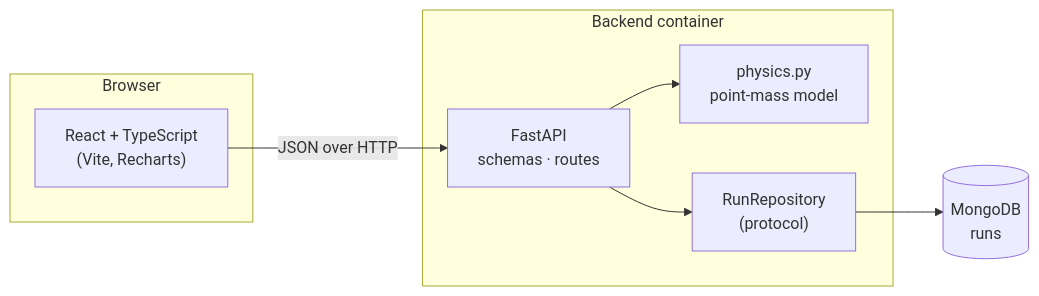
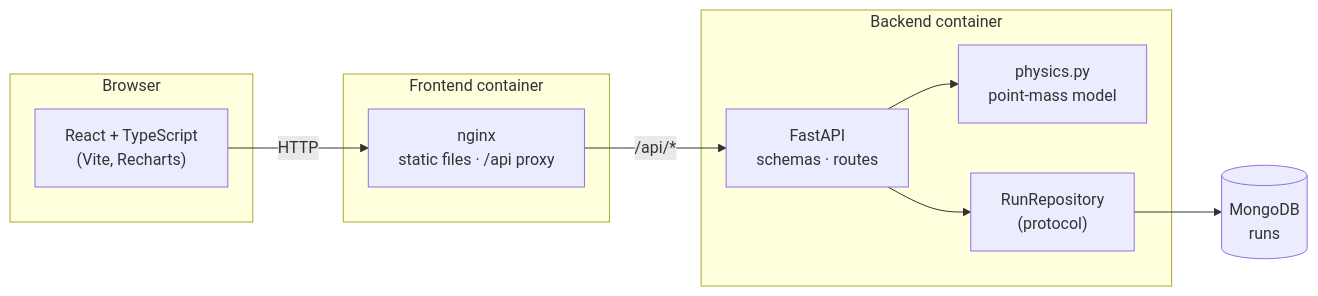
The diagram in README.md (TiberiuSzabo/lap-sim), drawn with Mermaid before and after one commit. The commit also changed other lines of this file and 5 other files, not shown here.

Commit message:
serve frontend with nginx in docker compose

````diff
--- a/README.md
+++ b/README.md
@@ -30,17 +30,21 @@
 ```mermaid
 flowchart LR
     subgraph Browser
         UI["React + TypeScript<br/>(Vite, Recharts)"]
+    end
+    subgraph Frontend["Frontend container"]
+        NGX["nginx<br/>static files · /api proxy"]
     end
     subgraph Backend["Backend container"]
         API["FastAPI<br/>schemas · routes"]
         PHY["physics.py<br/>point-mass model"]
         REPO["RunRepository<br/>(protocol)"]
     end
     DB[("MongoDB<br/>runs")]
 
-    UI -- "JSON over HTTP" --> API
+    UI -- "HTTP" --> NGX
+    NGX -- "/api/*" --> API
     API --> PHY
     API --> REPO
     REPO --> DB
 ```
````
